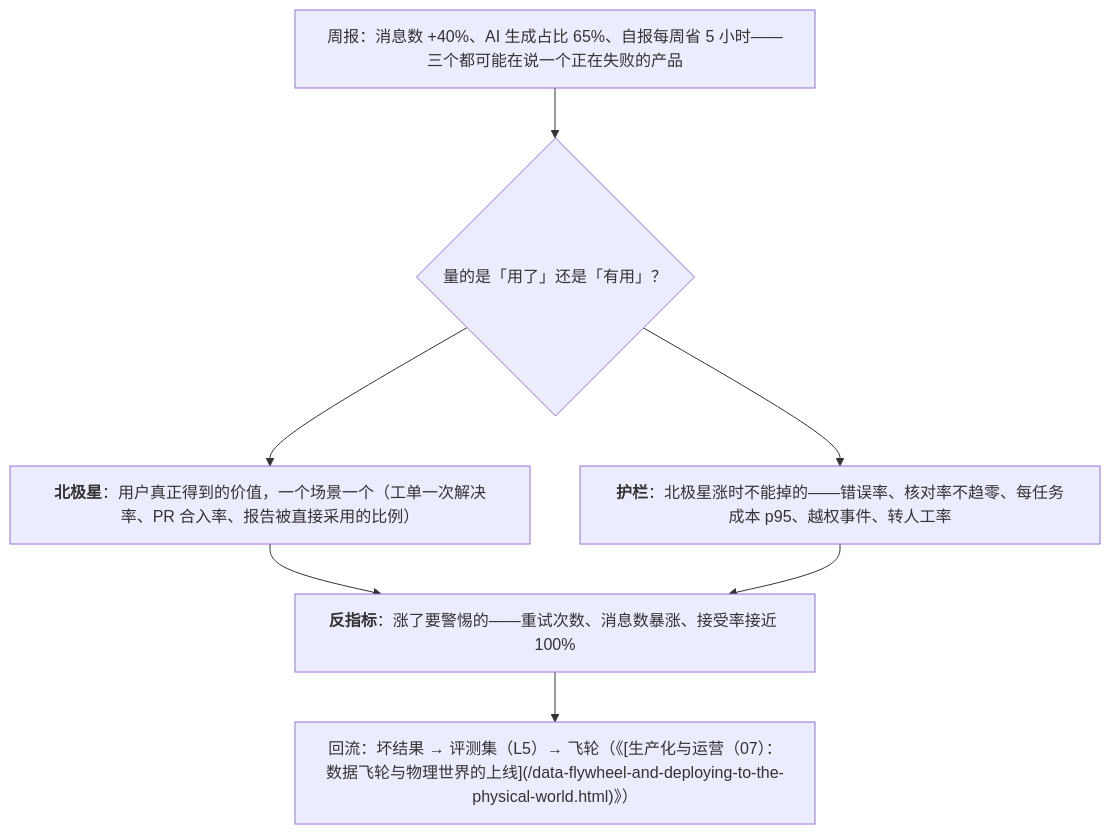
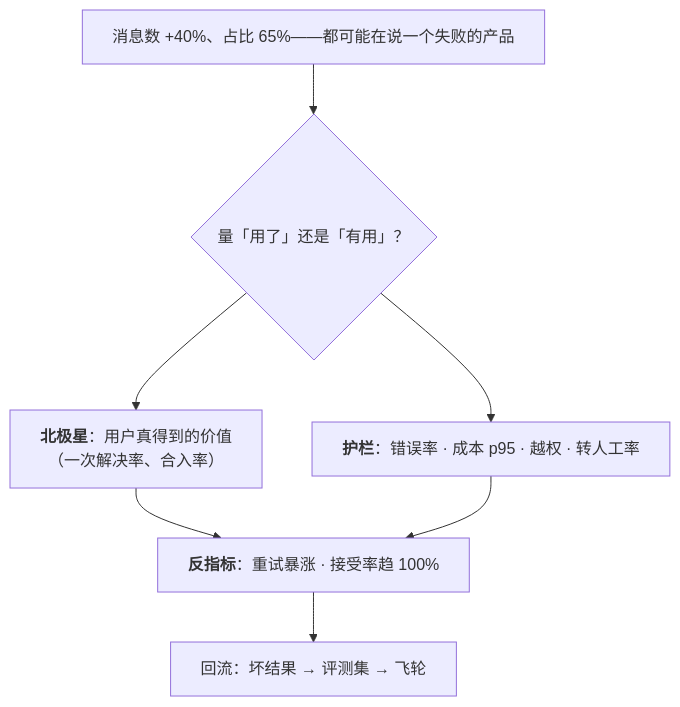
The fifth of 5 diagrams in slides/2026-11-20-product-and-experience.md (arganzheng/arganzheng.github.com), drawn with Mermaid before and after one commit. The commit also changed other lines of this file, not shown here.

Commit message:
slides/product-and-experience: cut/shorten mermaid diagrams below 14px rendered text (check-render smalltext/overlap)

````diff
--- a/slides/2026-11-20-product-and-experience.md
+++ b/slides/2026-11-20-product-and-experience.md
@@ -183,10 +182,10 @@
 ```mermaid
 %%{init: {"flowchart": {"wrappingWidth": 460}}}%%
 flowchart TB
-    W["周报：消息数 +40%、AI 生成占比 65%、自报每周省 5 小时——三个都可能在说一个正在失败的产品"] --> Q{"量的是「用了」还是「有用」？"}
-    Q --> N["<b>北极星</b>：用户真正得到的价值，一个场景一个（工单一次解决率、PR 合入率、报告被直接采用的比例）"]
-    Q --> G["<b>护栏</b>：北极星涨时不能掉的——错误率、核对率不趋零、每任务成本 p95、越权事件、转人工率"]
-    N & G --> F["<b>反指标</b>：涨了要警惕的——重试次数、消息数暴涨、接受率接近 100%"]
-    F --> B["回流：坏结果 → 评测集（L5）→ 飞轮（《[生产化与运营（07）：数据飞轮与物理世界的上线](/data-flywheel-and-deploying-to-the-physical-world.html)》）"]
+    W["消息数 +40%、占比 65%——都可能在说一个失败的产品"] --> Q{"量「用了」还是「有用」？"}
+    Q --> N["<b>北极星</b>：用户真得到的价值<br/>（一次解决率、合入率）"]
+    Q --> G["<b>护栏</b>：错误率 · 成本 p95 · 越权 · 转人工率"]
+    N & G --> F["<b>反指标</b>：重试暴涨 · 接受率趋 100%"]
+    F --> B["回流：坏结果 → 评测集 → 飞轮"]
 
 ```
````
